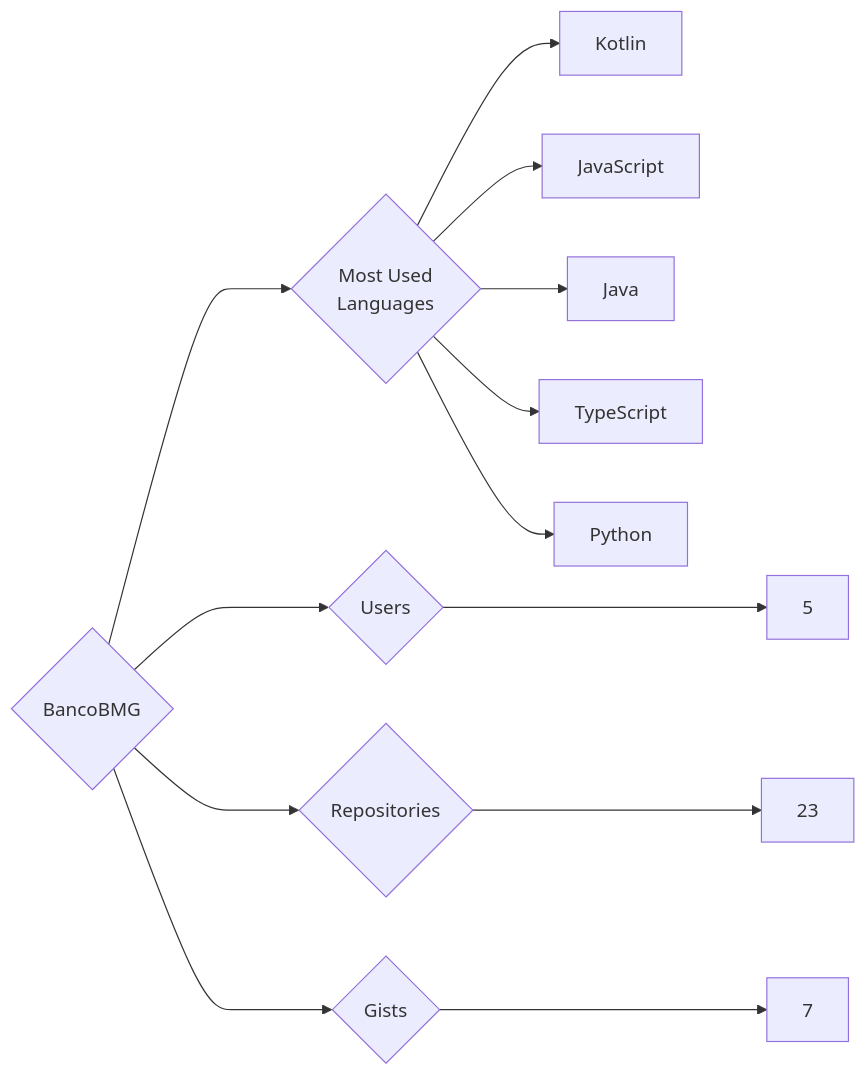
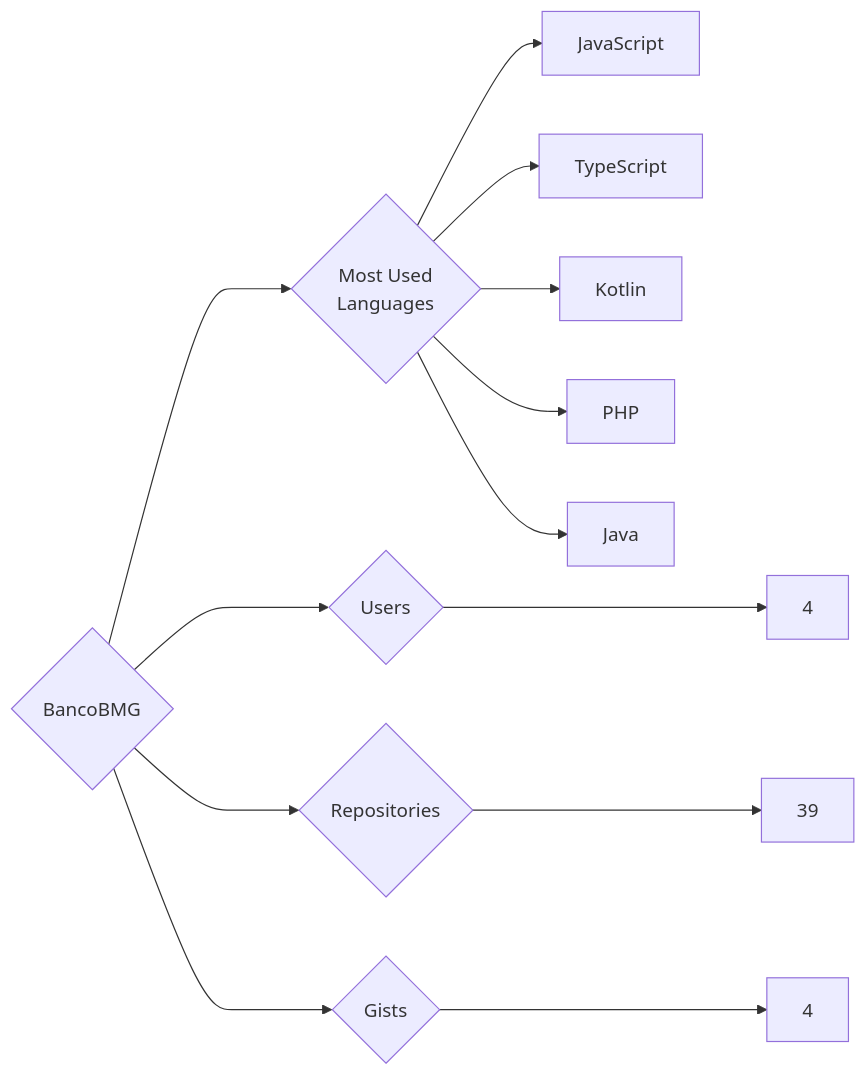
One commit to trickest/insiders changed the diagram in targets/BancoBMG/README.md. Above: the diagram before and after it, drawn with Mermaid. The commit also changed 1170 other files, not shown here.

````diff
--- a/targets/BancoBMG/README.md
+++ b/targets/BancoBMG/README.md
@@ -3,13 +3,13 @@
 ```mermaid
 graph LR
 COMPANY_NAME{BancoBMG}
-COMPANY_NAME ---> U{Users} ---> UN[5]
-COMPANY_NAME ---> R{Repositories} ---> RN[23]
-COMPANY_NAME ---> G{Gists} ---> GN[7]
+COMPANY_NAME ---> U{Users} ---> UN[4]
+COMPANY_NAME ---> R{Repositories} ---> RN[39]
+COMPANY_NAME ---> G{Gists} ---> GN[4]
 COMPANY_NAME ---> ML{Most Used<br>Languages}
+ML --> JavaScript[JavaScript]
+ML --> TypeScript[TypeScript]
 ML --> Kotlin[Kotlin]
-ML --> JavaScript[JavaScript]
+ML --> PHP[PHP]
 ML --> Java[Java]
-ML --> TypeScript[TypeScript]
-ML --> Python[Python]
 ```
````
